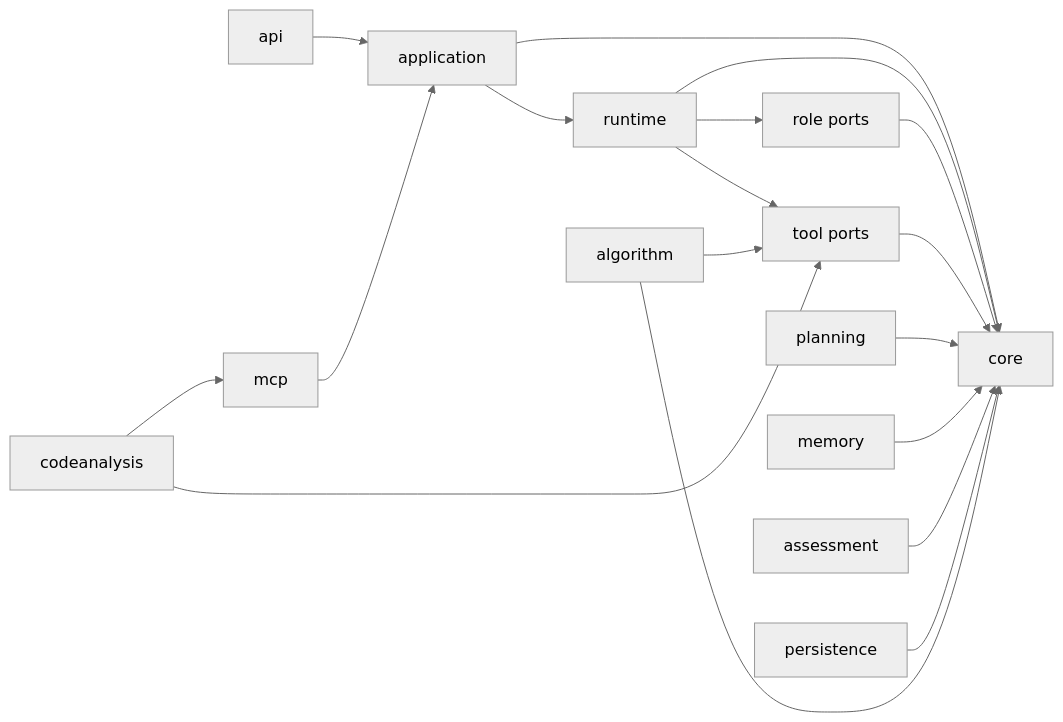
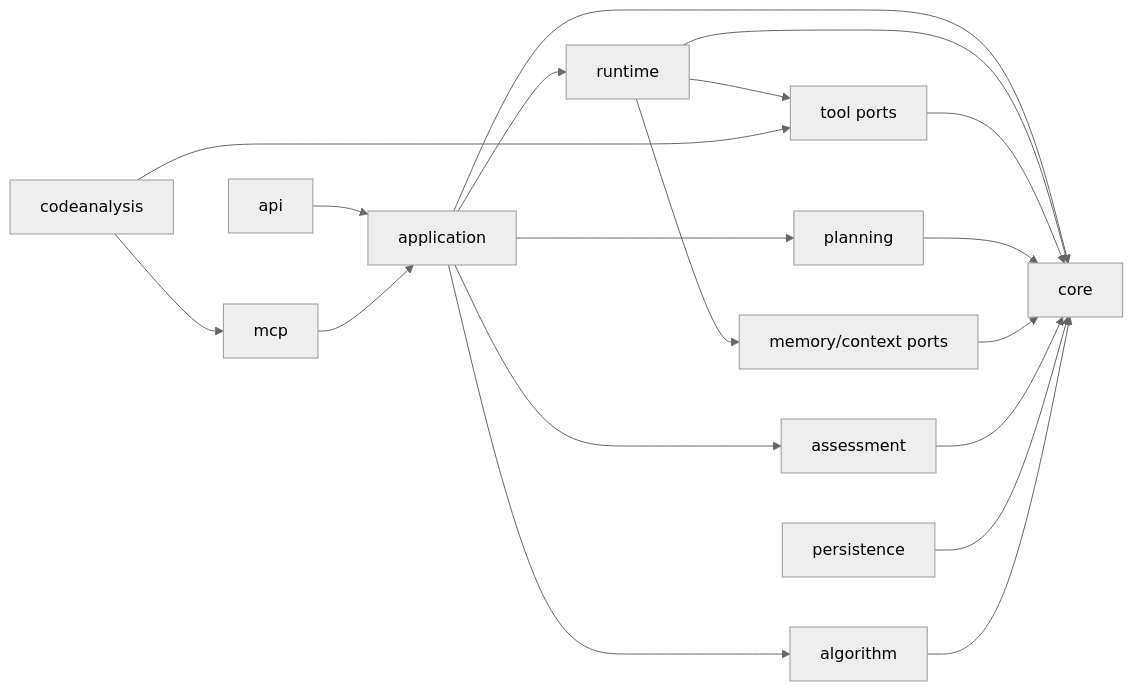
One commit to Belfast-byte/interview-guide-agent changed the diagram in docs/design_spec/20-implementation-modules.md. Above: the diagram before and after it, drawn with Mermaid (neutral theme). The commit also changed other lines of this file and 20 other files, not shown here.

````diff
--- a/docs/design_spec/20-implementation-modules.md
+++ b/docs/design_spec/20-implementation-modules.md
@@ -84,20 +84,21 @@
 ```mermaid
 flowchart LR
     API[api] --> APP[application]
     MCP[mcp] --> APP
     APP --> CORE[core]
     APP --> RT[runtime]
+    APP --> PLAN[planning]
+    APP --> ASSESS[assessment]
+    APP --> ALGO[algorithm]
     RT --> CORE
-    RT --> ROLE[role ports]
     RT --> TOOL[tool ports]
-    ROLE --> CORE
+    RT --> MEM[memory/context ports]
     TOOL --> CORE
-    PLAN[planning] --> CORE
-    MEM[memory] --> CORE
-    ASSESS[assessment] --> CORE
+    PLAN --> CORE
+    MEM --> CORE
+    ASSESS --> CORE
     PERSIST[persistence] --> CORE
-    ALGO[algorithm] --> TOOL
     ALGO --> CORE
     CODE[codeanalysis] --> MCP
     CODE --> TOOL
 ```
````
